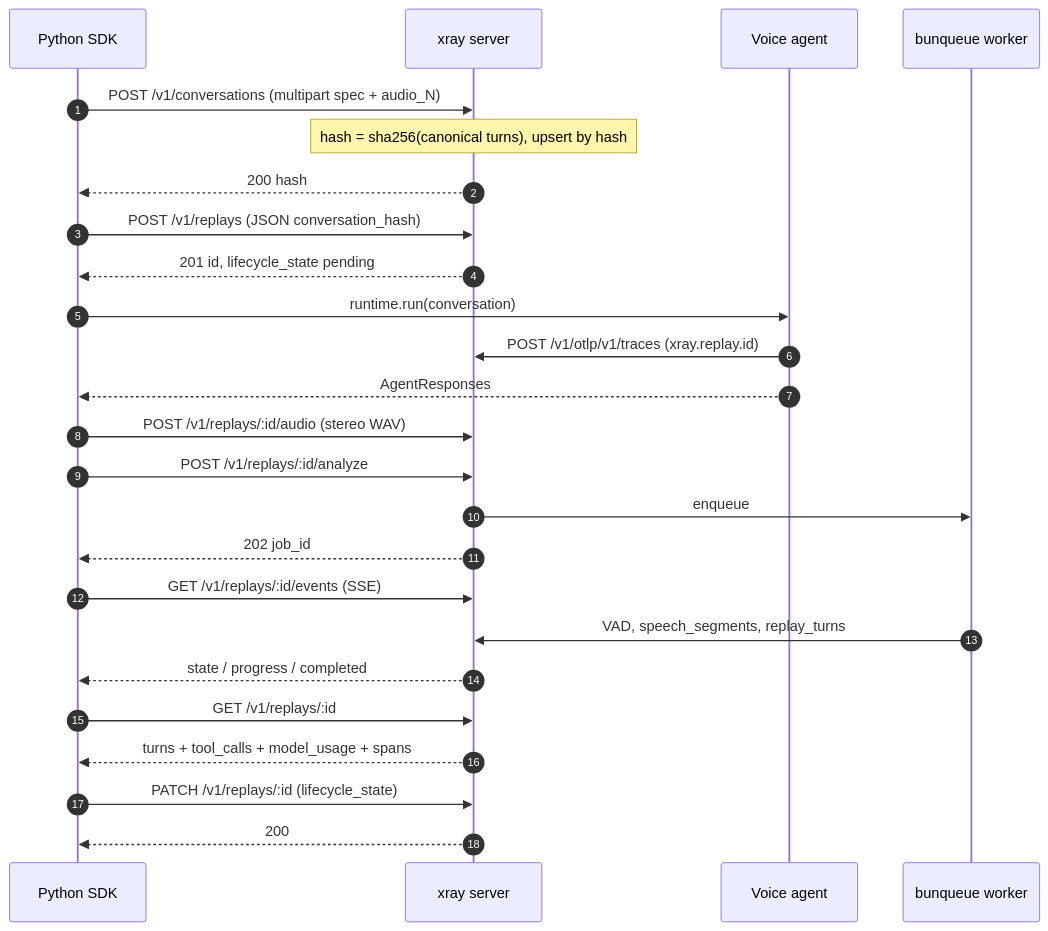
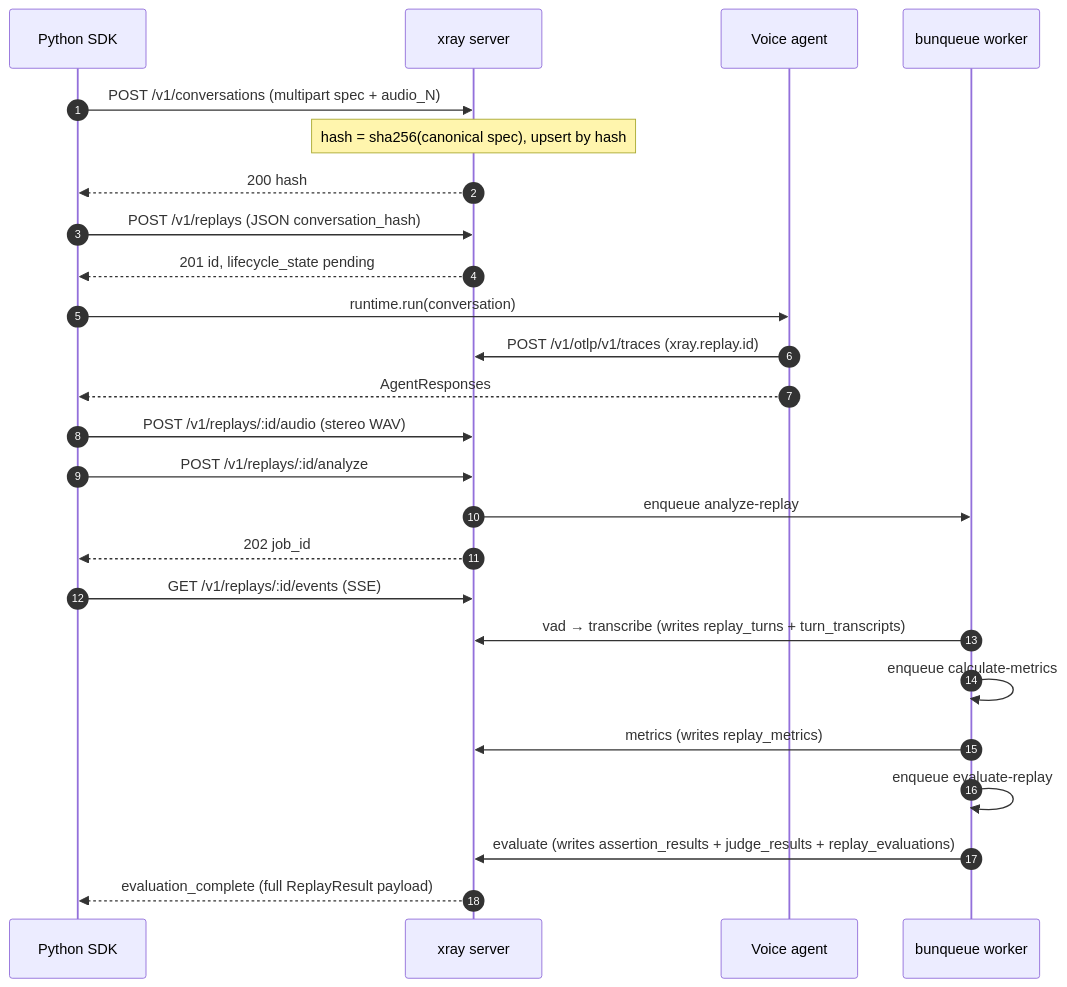
The diagram in docs/integrate.md (xray-eval/xray), drawn with Mermaid before and after one commit. The commit also changed other lines of this file and 71 other files, not shown here.

First line of the commit message:
feat: server-side assertion + judge evaluator (#74)

````diff
--- a/docs/integrate.md
+++ b/docs/integrate.md
@@ -26,34 +26,32 @@
 ```mermaid
 sequenceDiagram
     autonumber
     participant SDK as Python SDK
     participant Xray as xray server
     participant Agent as Voice agent
     participant Worker as bunqueue worker
 
     SDK->>Xray: POST /v1/conversations (multipart spec + audio_N)
-    Note over Xray: hash = sha256(canonical turns), upsert by hash
+    Note over Xray: hash = sha256(canonical spec), upsert by hash
     Xray-->>SDK: 200 hash
 
     SDK->>Xray: POST /v1/replays (JSON conversation_hash)
     Xray-->>SDK: 201 id, lifecycle_state pending
 
     SDK->>Agent: runtime.run(conversation)
     Agent->>Xray: POST /v1/otlp/v1/traces (xray.replay.id)
     Agent-->>SDK: AgentResponses
 
     SDK->>Xray: POST /v1/replays/:id/audio (stereo WAV)
     SDK->>Xray: POST /v1/replays/:id/analyze
-    Xray->>Worker: enqueue
+    Xray->>Worker: enqueue analyze-replay
     Xray-->>SDK: 202 job_id
 
     SDK->>Xray: GET /v1/replays/:id/events (SSE)
-    Worker->>Xray: VAD, speech_segments, replay_turns
-    Xray-->>SDK: state / progress / completed
-
-    SDK->>Xray: GET /v1/replays/:id
-    Xray-->>SDK: turns + tool_calls + model_usage + spans
-
-    SDK->>Xray: PATCH /v1/replays/:id (lifecycle_state)
-    Xray-->>SDK: 200
+    Worker->>Xray: vad → transcribe (writes replay_turns + turn_transcripts)
+    Worker->>Worker: enqueue calculate-metrics
+    Worker->>Xray: metrics (writes replay_metrics)
+    Worker->>Worker: enqueue evaluate-replay
+    Worker->>Xray: evaluate (writes assertion_results + judge_results + replay_evaluations)
+    Xray-->>SDK: evaluation_complete (full ReplayResult payload)
 ```
````
